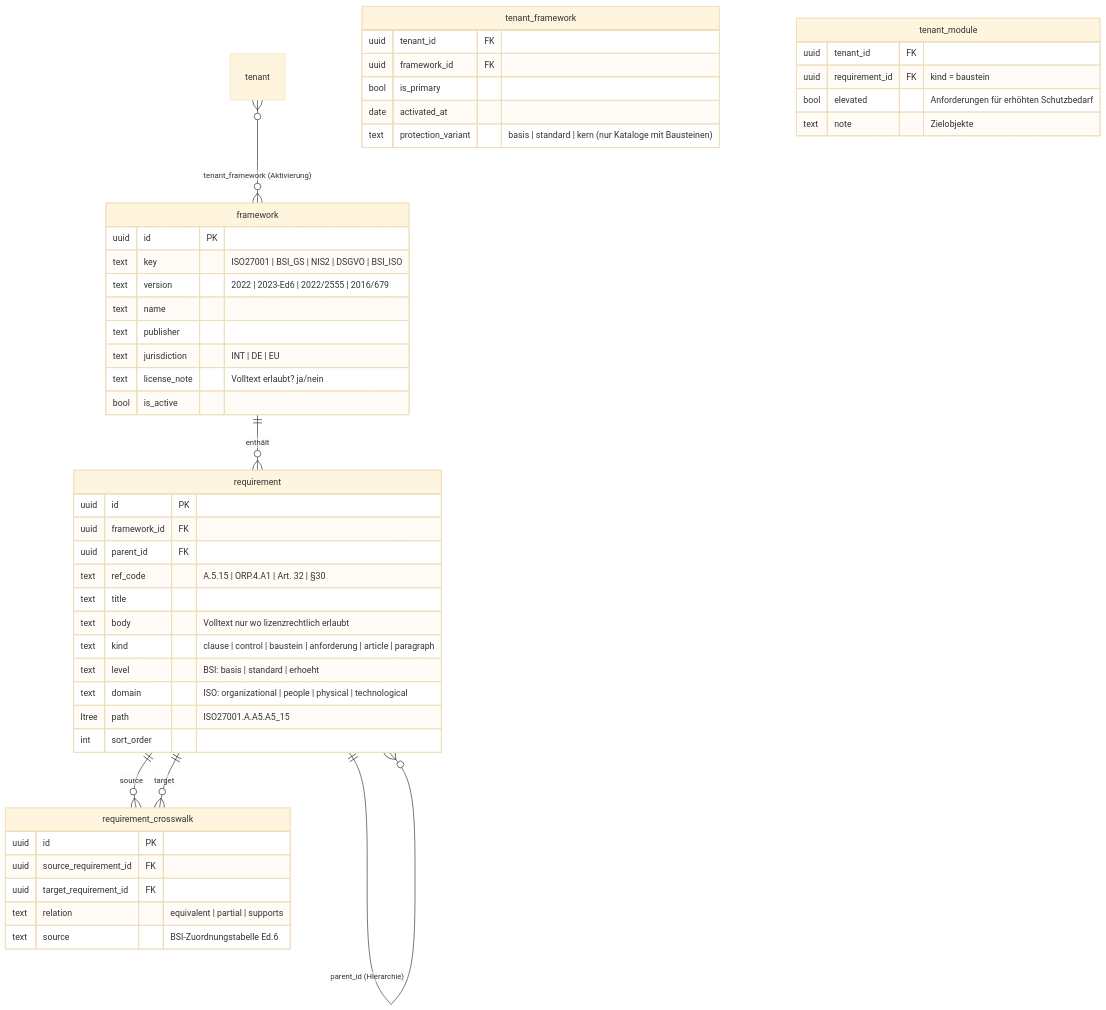
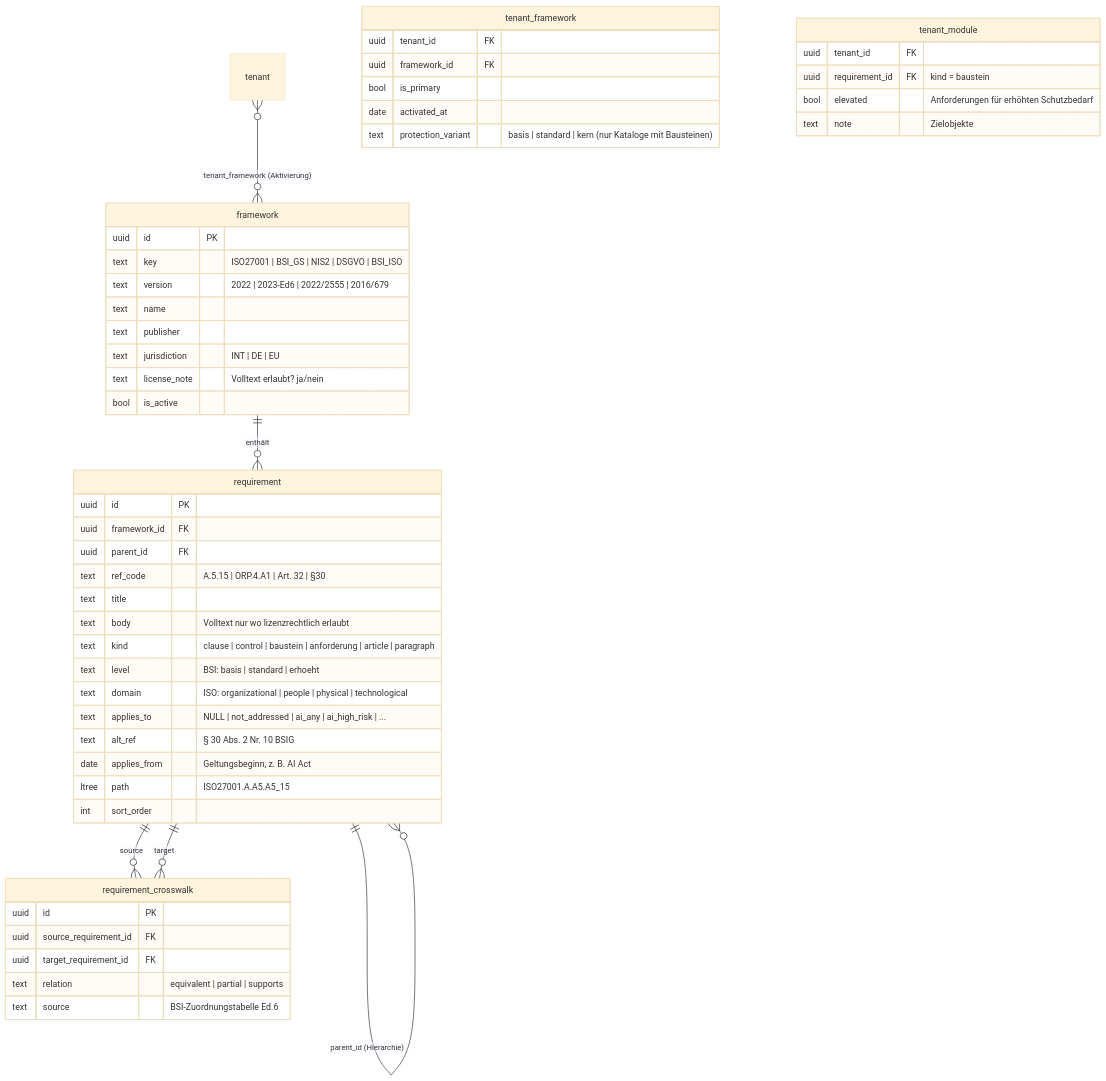
Before and after one commit to Kico-bot/ISMS_SaaS: the third of 10 diagrams in docs/architecture/01-datenmodell.md, drawn with Mermaid (base theme). The commit also changed other lines of this file and 61 other files, not shown here.

First line of the commit message:
NIS2 and AI Act cockpit: table with indirect coverage and a flow view

````diff
--- a/docs/architecture/01-datenmodell.md
+++ b/docs/architecture/01-datenmodell.md
@@ -165,52 +165,55 @@
 ```mermaid
 erDiagram
   framework ||--o{ requirement : "enthält"
   requirement ||--o{ requirement : "parent_id (Hierarchie)"
   requirement ||--o{ requirement_crosswalk : "source"
   requirement ||--o{ requirement_crosswalk : "target"
   tenant }o--o{ framework : "tenant_framework (Aktivierung)"
 
   framework {
     uuid id PK
     text key "ISO27001 | BSI_GS | NIS2 | DSGVO | BSI_ISO"
     text version "2022 | 2023-Ed6 | 2022/2555 | 2016/679"
     text name
     text publisher
     text jurisdiction "INT | DE | EU"
     text license_note "Volltext erlaubt? ja/nein"
     bool is_active
   }
   requirement {
     uuid id PK
     uuid framework_id FK
     uuid parent_id FK
     text ref_code "A.5.15 | ORP.4.A1 | Art. 32 | §30"
     text title
     text body "Volltext nur wo lizenzrechtlich erlaubt"
     text kind "clause | control | baustein | anforderung | article | paragraph"
     text level "BSI: basis | standard | erhoeht"
     text domain "ISO: organizational | people | physical | technological"
+    text applies_to "NULL | not_addressed | ai_any | ai_high_risk | ..."
+    text alt_ref "§ 30 Abs. 2 Nr. 10 BSIG"
+    date applies_from "Geltungsbeginn, z. B. AI Act"
     ltree path "ISO27001.A.A5.A5_15"
     int sort_order
   }
   requirement_crosswalk {
     uuid id PK
     uuid source_requirement_id FK
     uuid target_requirement_id FK
     text relation "equivalent | partial | supports"
     text source "BSI-Zuordnungstabelle Ed.6"
   }
   tenant_framework {
     uuid tenant_id FK
     uuid framework_id FK
     bool is_primary
     date activated_at
     text protection_variant "basis | standard | kern (nur Kataloge mit Bausteinen)"
   }
   tenant_module {
     uuid tenant_id FK
     uuid requirement_id FK "kind = baustein"
     bool elevated "Anforderungen für erhöhten Schutzbedarf"
     text note "Zielobjekte"
   }
 ```
````
